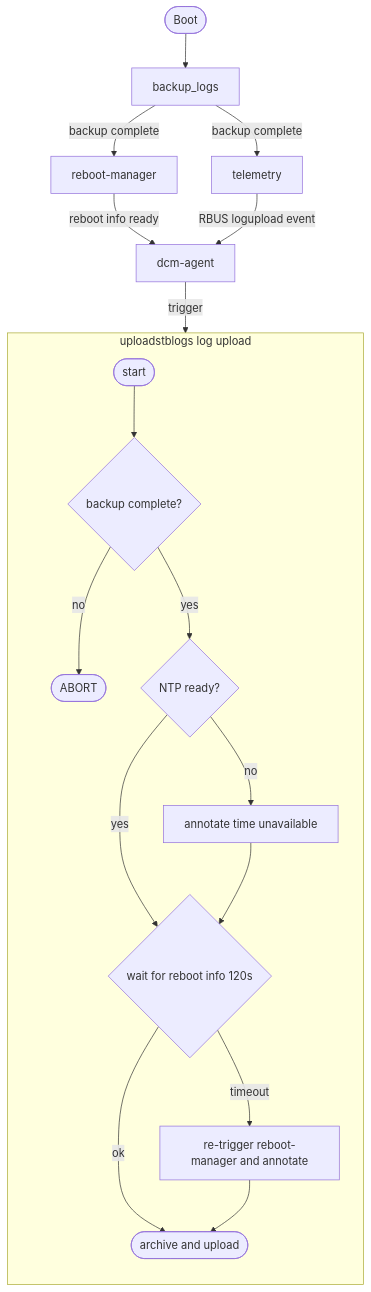
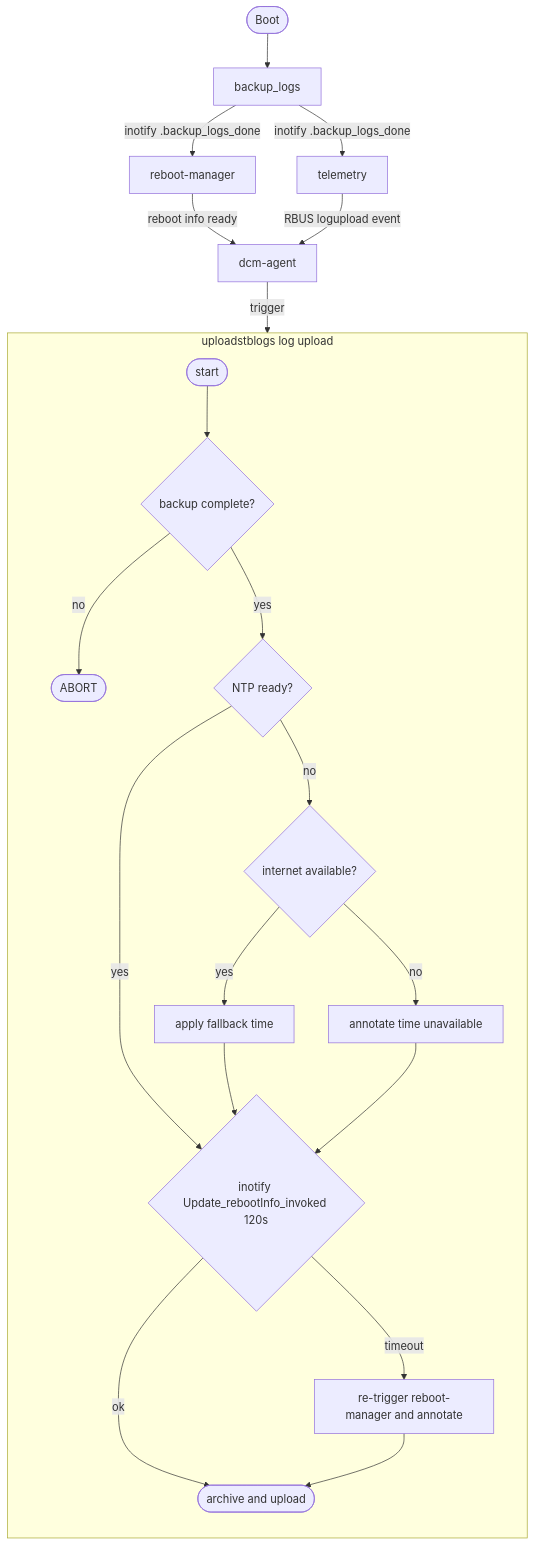
One commit to rdkcentral/dcm-agent changed the second of 2 diagrams in stateanalysis.md. Above: the diagram before and after it, drawn with Mermaid. The commit also changed other lines of this file, not shown here.

````diff
--- a/stateanalysis.md
+++ b/stateanalysis.md
@@ -43,27 +44,30 @@
 ```mermaid
 flowchart TB
     BOOT([Boot])
 
     BOOT --> BL[backup_logs]
 
-    BL -->|backup complete| RM[reboot-manager]
-    BL -->|backup complete| TEL[telemetry]
+    BL -->|inotify .backup_logs_done| RM[reboot-manager]
+    BL -->|inotify .backup_logs_done| TEL[telemetry]
 
     RM  -->|reboot info ready| DCM[dcm-agent]
     TEL -->|RBUS logupload event| DCM
 
     subgraph UL [uploadstblogs log upload]
         direction TB
         S([start]) --> G1{"backup complete?"}
         G1 -- no  --> ABORT([ABORT])
         G1 -- yes --> G2{"NTP ready?"}
-        G2 -- no  --> NTP[annotate time unavailable]
-        G2 -- yes --> W{"wait for reboot info 120s"}
-        NTP --> W
+        G2 -- yes --> W{"inotify Update_rebootInfo_invoked 120s"}
+        G2 -- no  --> G3{"internet available?"}
+        G3 -- yes --> FALLBACK[apply fallback time]
+        G3 -- no  --> ANNOT[annotate time unavailable]
+        FALLBACK --> W
+        ANNOT --> W
         W -- ok      --> DONE([archive and upload])
         W -- timeout --> TRIG[re-trigger reboot-manager and annotate]
         TRIG --> DONE
     end
 
     DCM -->|trigger| S
 ```
````
